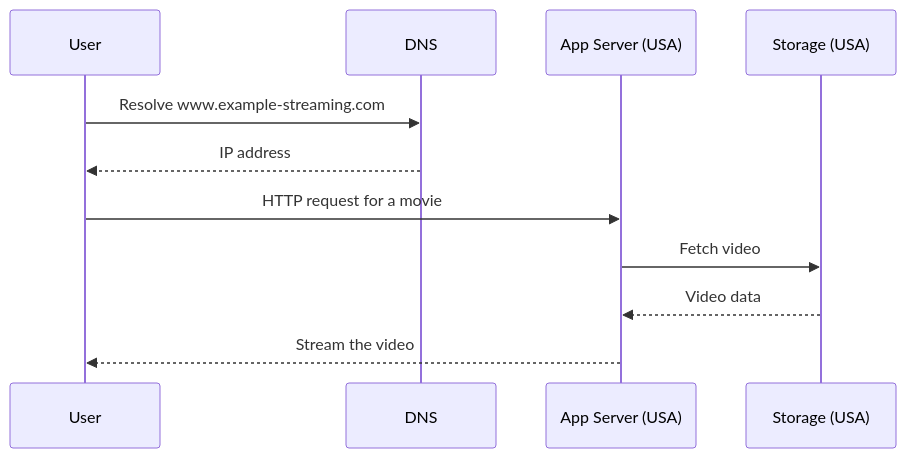
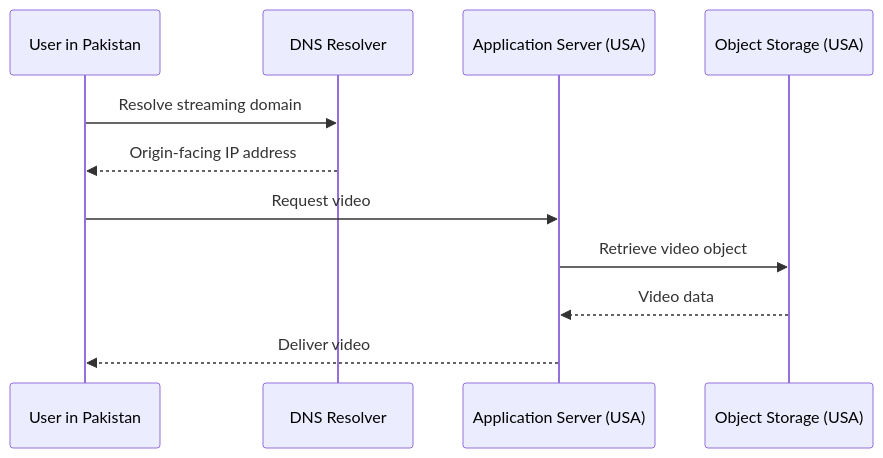
The second of 12 diagrams in 10_CDN/README.md (HARRISAMIN432/system-design-hld), drawn with Mermaid before and after one commit. The commit also changed other lines of this file and 11 other files, not shown here.

````diff
--- a/10_CDN/README.md
+++ b/10_CDN/README.md
@@ -38,14 +86,14 @@
 ```mermaid
 sequenceDiagram
-    participant U as User
-    participant DNS as DNS
-    participant S as App Server (USA)
-    participant ST as Storage (USA)
+    participant U as User in Pakistan
+    participant DNS as DNS Resolver
+    participant A as Application Server (USA)
+    participant O as Object Storage (USA)
 
-    U->>DNS: Resolve www.example-streaming.com
-    DNS-->>U: IP address
-    U->>S: HTTP request for a movie
-    S->>ST: Fetch video
-    ST-->>S: Video data
-    S-->>U: Stream the video
+    U->>DNS: Resolve streaming domain
+    DNS-->>U: Origin-facing IP address
+    U->>A: Request video
+    A->>O: Retrieve video object
+    O-->>A: Video data
+    A-->>U: Deliver video
 ```
````
